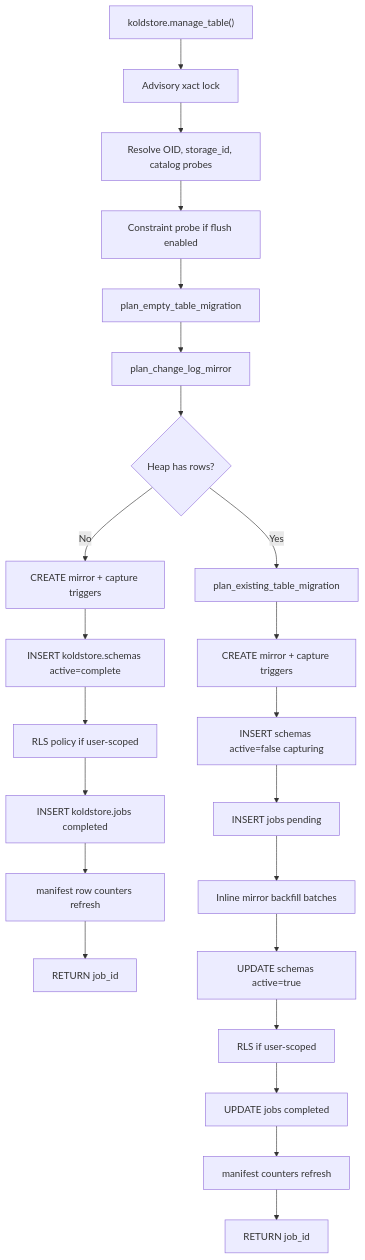
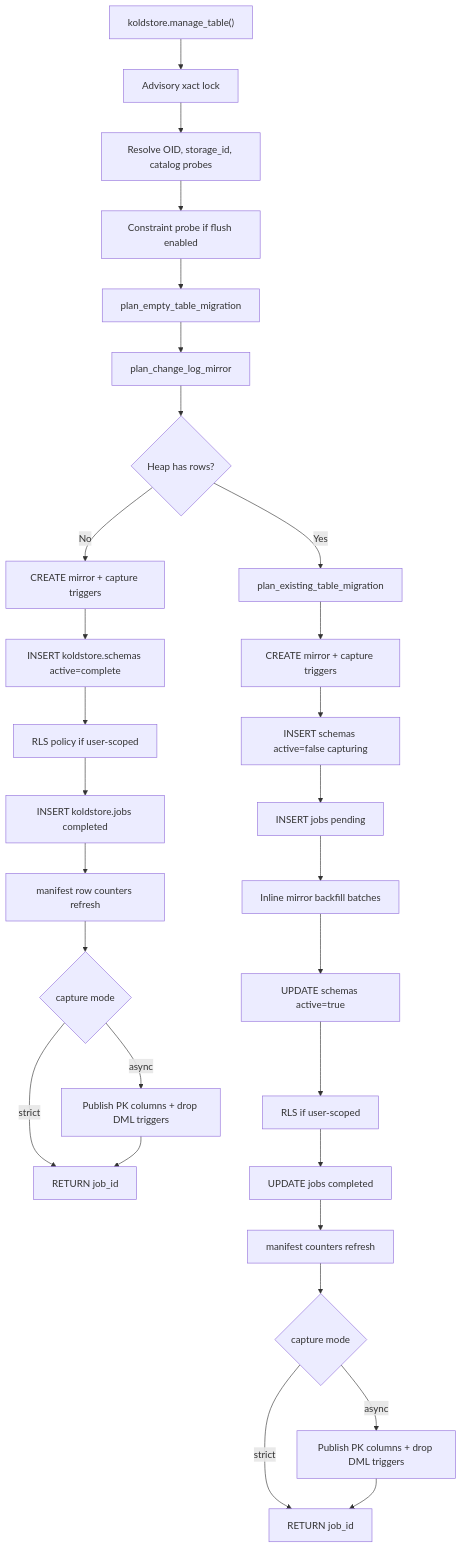
Before and after one commit to kalamdb/koldstore: the diagram in docs/architecture/manage-table.md, drawn with Mermaid. The commit also changed other lines of this file and 61 other files, not shown here.

First line of the commit message:
Add optional async WAL-backed mirror capture

````diff
--- a/docs/architecture/manage-table.md
+++ b/docs/architecture/manage-table.md
@@ -19,27 +19,33 @@
 ```mermaid
 flowchart TD
   SQL["koldstore.manage_table()"] --> Lock["Advisory xact lock"]
   Lock --> Resolve["Resolve OID, storage_id, catalog probes"]
   Resolve --> Validate["Constraint probe if flush enabled"]
   Validate --> Plan["plan_empty_table_migration"]
   Plan --> Mirror["plan_change_log_mirror"]
   Mirror --> Rows{Heap has rows?}
 
   Rows -->|No| CreateE["CREATE mirror + capture triggers"]
   CreateE --> SchemaE["INSERT koldstore.schemas active=complete"]
   SchemaE --> ScopeE["RLS policy if user-scoped"]
   ScopeE --> JobE["INSERT koldstore.jobs completed"]
   JobE --> CountersE["manifest row counters refresh"]
-  CountersE --> DoneE["RETURN job_id"]
+  CountersE --> CaptureE{"capture mode"}
+  CaptureE -->|strict| DoneE["RETURN job_id"]
+  CaptureE -->|async| SwitchE["Publish PK columns + drop DML triggers"]
+  SwitchE --> DoneE
 
   Rows -->|Yes| PlanExist["plan_existing_table_migration"]
   PlanExist --> CreateP["CREATE mirror + capture triggers"]
   CreateP --> SchemaP["INSERT schemas active=false capturing"]
   SchemaP --> JobP["INSERT jobs pending"]
   JobP --> Backfill["Inline mirror backfill batches"]
   Backfill --> Activate["UPDATE schemas active=true"]
   Activate --> ScopeP["RLS if user-scoped"]
   ScopeP --> JobDoneP["UPDATE jobs completed"]
   JobDoneP --> CountersP["manifest counters refresh"]
-  CountersP --> DoneP["RETURN job_id"]
+  CountersP --> CaptureP{"capture mode"}
+  CaptureP -->|strict| DoneP["RETURN job_id"]
+  CaptureP -->|async| SwitchP["Publish PK columns + drop DML triggers"]
+  SwitchP --> DoneP
 ```
````
